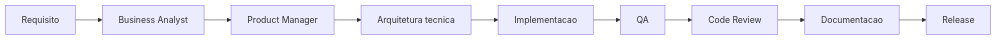
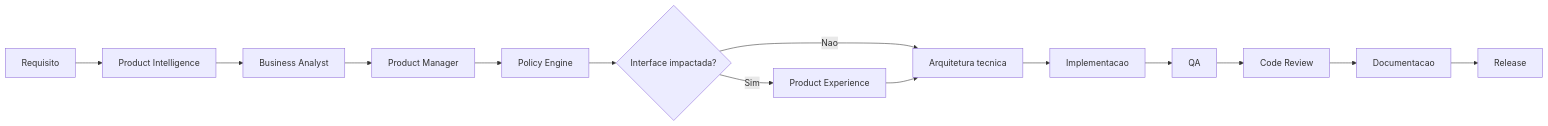
The diagram in docs/workflows/01-feature-development.md (thyags/method-ceip), drawn with Mermaid before and after one commit. The commit also changed other lines of this file and 130 other files, not shown here.

Commit message:
Add product experience system to CEIP

````diff
--- a/docs/workflows/01-feature-development.md
+++ b/docs/workflows/01-feature-development.md
@@ -20,11 +22,16 @@
 ```mermaid
 flowchart LR
-    A["Requisito"] --> B["Business Analyst"]
-    B --> C["Product Manager"]
-    C --> D["Arquitetura tecnica"]
-    D --> E["Implementacao"]
-    E --> F["QA"]
-    F --> G["Code Review"]
-    G --> H["Documentacao"]
-    H --> I["Release"]
+    A["Requisito"] --> B["Product Intelligence"]
+    B --> C["Business Analyst"]
+    C --> D["Product Manager"]
+    D --> E["Policy Engine"]
+    E --> F{"Interface impactada?"}
+    F -->|Sim| G["Product Experience"]
+    F -->|Nao| H["Arquitetura tecnica"]
+    G --> H
+    H --> I["Implementacao"]
+    I --> J["QA"]
+    J --> K["Code Review"]
+    K --> L["Documentacao"]
+    L --> M["Release"]
 ```
````
